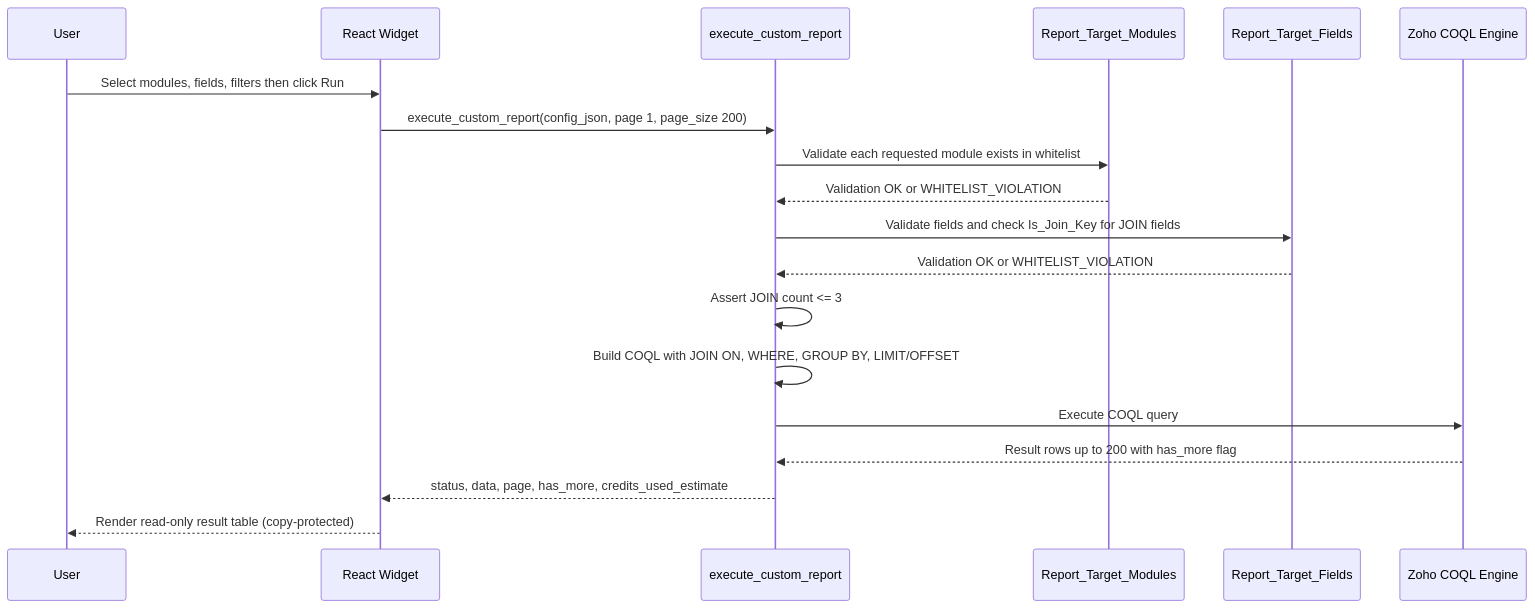
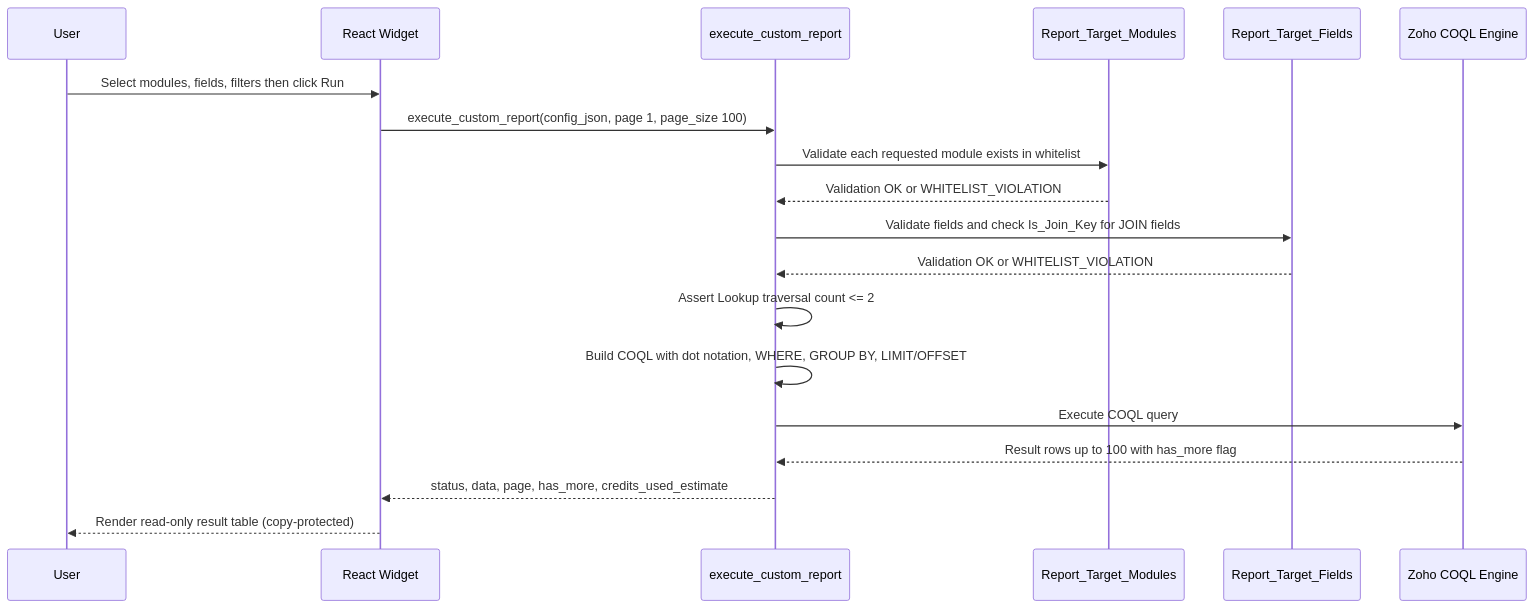
The first of 5 diagrams in design/LLD_custom_report.md (funai-vivek-jaiswal/zoho-report-builder), drawn with Mermaid before and after one commit. The commit also changed other lines of this file and 3 other files, not shown here.

````diff
--- a/design/LLD_custom_report.md
+++ b/design/LLD_custom_report.md
@@ -422,22 +428,22 @@
 ```mermaid
 sequenceDiagram
     participant U as User
     participant FE as React Widget
     participant DF as execute_custom_report
     participant RTM as Report_Target_Modules
     participant RTF as Report_Target_Fields
     participant COQL as Zoho COQL Engine
 
     U->>FE: Select modules, fields, filters then click Run
-    FE->>DF: execute_custom_report(config_json, page 1, page_size 200)
+    FE->>DF: execute_custom_report(config_json, page 1, page_size 100)
     DF->>RTM: Validate each requested module exists in whitelist
     RTM-->>DF: Validation OK or WHITELIST_VIOLATION
     DF->>RTF: Validate fields and check Is_Join_Key for JOIN fields
     RTF-->>DF: Validation OK or WHITELIST_VIOLATION
-    DF->>DF: Assert JOIN count <= 3
-    DF->>DF: Build COQL with JOIN ON, WHERE, GROUP BY, LIMIT/OFFSET
+    DF->>DF: Assert Lookup traversal count <= 2
+    DF->>DF: Build COQL with dot notation, WHERE, GROUP BY, LIMIT/OFFSET
     DF->>COQL: Execute COQL query
-    COQL-->>DF: Result rows up to 200 with has_more flag
+    COQL-->>DF: Result rows up to 100 with has_more flag
     DF-->>FE: status, data, page, has_more, credits_used_estimate
     FE-->>U: Render read-only result table (copy-protected)
 ```
````
